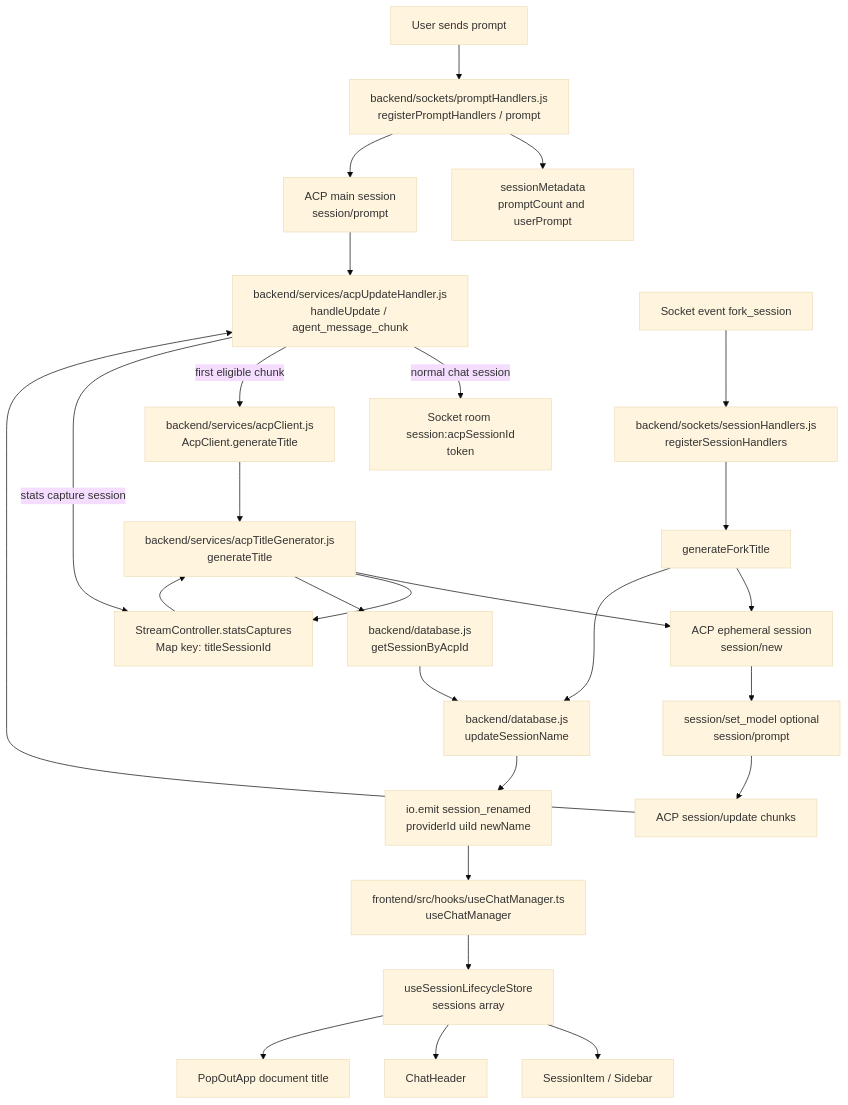
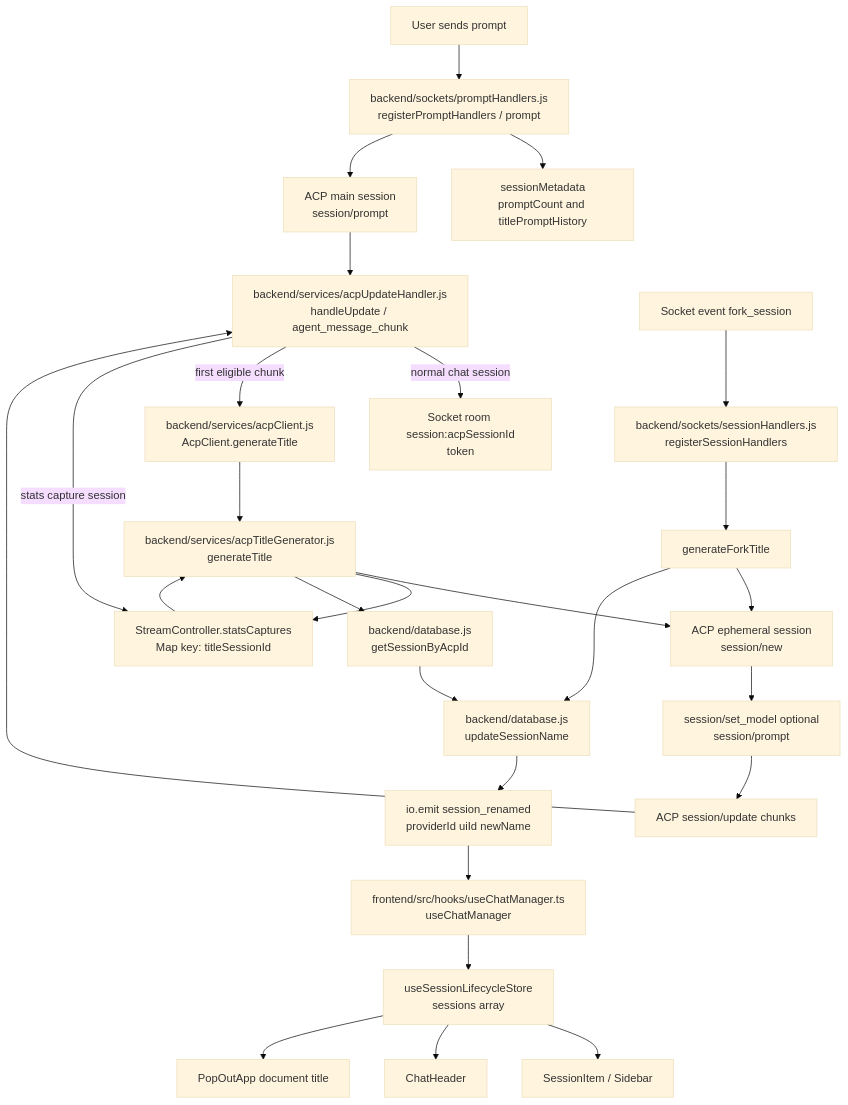
The diagram in documents/[Feature Doc] - Auto Chat Title Generation.md (BitsInBytes/AcpUI), drawn with Mermaid (base theme) before and after one commit. The commit also changed other lines of this file and 59 other files, not shown here.

````diff
--- a/documents/[Feature Doc] - Auto Chat Title Generation.md
+++ b/documents/[Feature Doc] - Auto Chat Title Generation.md
@@ -292,30 +306,30 @@
 ```mermaid
 flowchart TD
   User[User sends prompt] --> PromptHandler[backend/sockets/promptHandlers.js\nregisterPromptHandlers / prompt]
-  PromptHandler --> Metadata[sessionMetadata\npromptCount and userPrompt]
+  PromptHandler --> Metadata[sessionMetadata\npromptCount and titlePromptHistory]
   PromptHandler --> ACPMain[ACP main session\nsession/prompt]
   ACPMain --> UpdateHandler[backend/services/acpUpdateHandler.js\nhandleUpdate / agent_message_chunk]
   UpdateHandler -->|normal chat session| TokenRoom[Socket room session:acpSessionId\ntoken]
   UpdateHandler -->|first eligible chunk| ClientWrapper[backend/services/acpClient.js\nAcpClient.generateTitle]
   ClientWrapper --> TitleService[backend/services/acpTitleGenerator.js\ngenerateTitle]
   TitleService --> TitleSession[ACP ephemeral session\nsession/new]
   TitleService --> Capture[StreamController.statsCaptures\nMap key: titleSessionId]
   TitleSession --> TitlePrompt[session/set_model optional\nsession/prompt]
   TitlePrompt --> TitleChunks[ACP session/update chunks]
   TitleChunks --> UpdateHandler
   UpdateHandler -->|stats capture session| Capture
   Capture --> TitleService
   TitleService --> DBLookup[backend/database.js\ngetSessionByAcpId]
   DBLookup --> DBUpdate[backend/database.js\nupdateSessionName]
   DBUpdate --> SocketEvent[io.emit session_renamed\nproviderId uiId newName]
   SocketEvent --> ChatManager[frontend/src/hooks/useChatManager.ts\nuseChatManager]
   ChatManager --> SessionStore[useSessionLifecycleStore\nsessions array]
   SessionStore --> Sidebar[SessionItem / Sidebar]
   SessionStore --> Header[ChatHeader]
   SessionStore --> Popout[PopOutApp document title]
 
   ForkSocket[Socket event fork_session] --> ForkHandler[backend/sockets/sessionHandlers.js\nregisterSessionHandlers]
   ForkHandler --> ForkService[generateForkTitle]
   ForkService --> TitleSession
   ForkService --> DBUpdate
 ```
````
